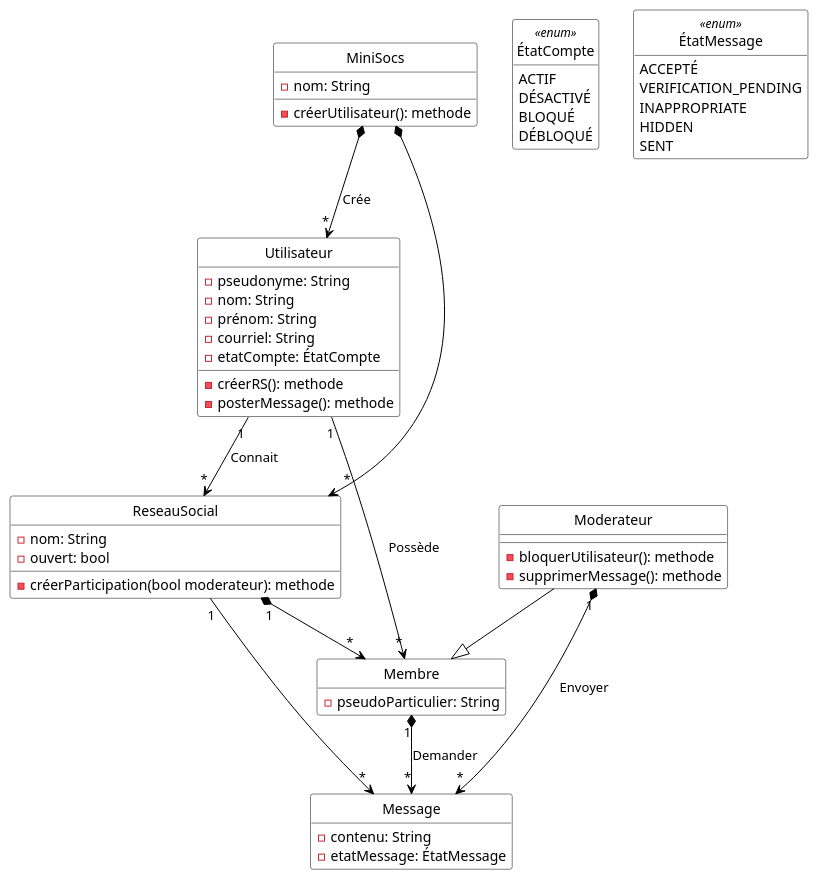
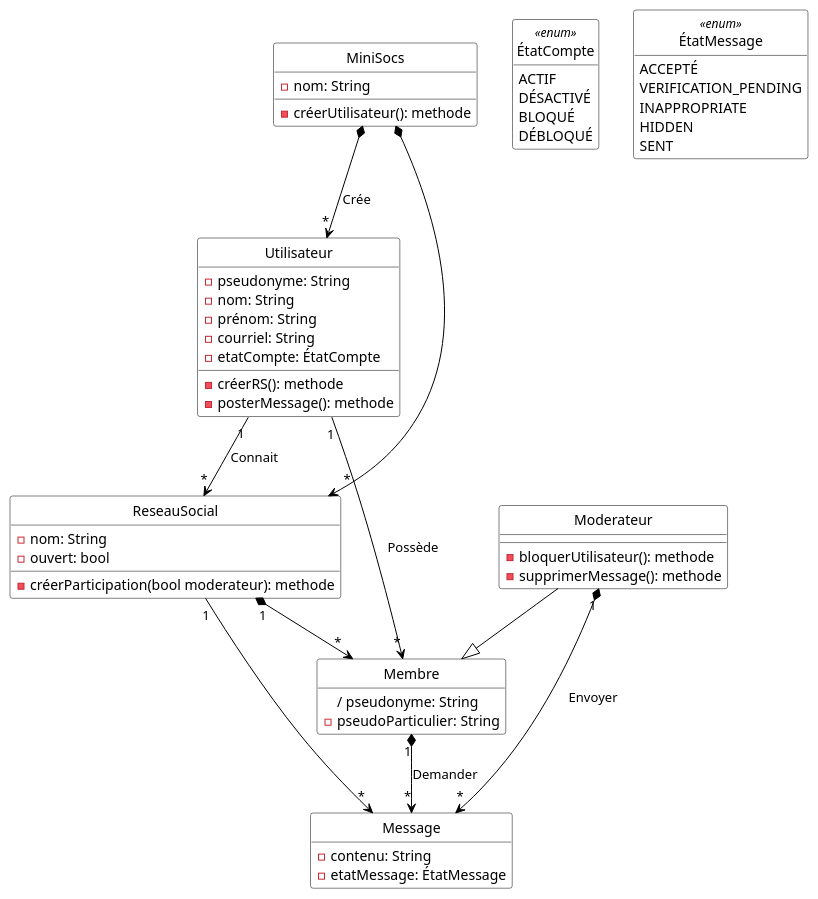
Before and after one commit to lukalafaye/MiniSocs: the diagram in Diagrammes/minisocs_uml_diag_classes_sans_notif.pu, drawn with PlantUML. The commit also changed 1 other file, not shown here.

```diff
--- a/Diagrammes/minisocs_uml_diag_classes_sans_notif.pu
+++ b/Diagrammes/minisocs_uml_diag_classes_sans_notif.pu
@@ -1,82 +1,83 @@
 	@startuml
 
 	'Diagramme de classes (PlantUML)'
 
 	'Configuration charte graphique'
 	hide empty methods
 	hide circle
 	skinparam class {
 	  BackgroundColor White
 	  ArrowColor Black
 	  BorderColor Black
 	}
 
 	'Classes, énumérations, etc.'
 	class MiniSocs {
 	  - nom: String
 	  - créerUtilisateur(): methode
 	}
 
 	class Utilisateur {
 	  - pseudonyme: String
 	  - nom: String
 	  - prénom: String
 	  - courriel: String
 	  - etatCompte: ÉtatCompte
 	  - créerRS(): methode
 	  - posterMessage(): methode
 	}
 
 	enum ÉtatCompte <<enum>> {
 	  ACTIF
 	  DÉSACTIVÉ
 	  BLOQUÉ
 	  DÉBLOQUÉ
 	}
 
 	enum ÉtatMessage <<enum>> {
 	  ACCEPTÉ
 	  VERIFICATION_PENDING
 	  INAPPROPRIATE
 	  HIDDEN
 	  SENT
 	}
 
 	class Membre {
+	  / pseudonyme: String
 	  - pseudoParticulier: String
 	}
 
 	class Moderateur {
 	  - bloquerUtilisateur(): methode
 	  - supprimerMessage(): methode
 	}
 
 	class ReseauSocial {
 	  - nom: String
 	  - ouvert: bool
 	  - créerParticipation(bool moderateur): methode
 	}
 
 	class Message {
 	  - contenu: String
 	  - etatMessage: ÉtatMessage
 	}
 
 	'Associations, etc.'
 	MiniSocs *--> "*" Utilisateur: Crée
 	Utilisateur "1" --> "*" ReseauSocial: Connait
         Utilisateur "1" --> "*" Membre: Possède
 	
 	Moderateur "1" *--> "*" Message: Envoyer
 	Membre "1" *--> "*" Message: Demander
         
 	MiniSocs *--> "*" ReseauSocial
         ReseauSocial "1"--> "*" Message
         
 	ReseauSocial "1" *--> "*" Membre
 
 	Moderateur --|> Membre
 	
 	'Au besoin, aides pour le positionnement'
 
 	@enduml
```
